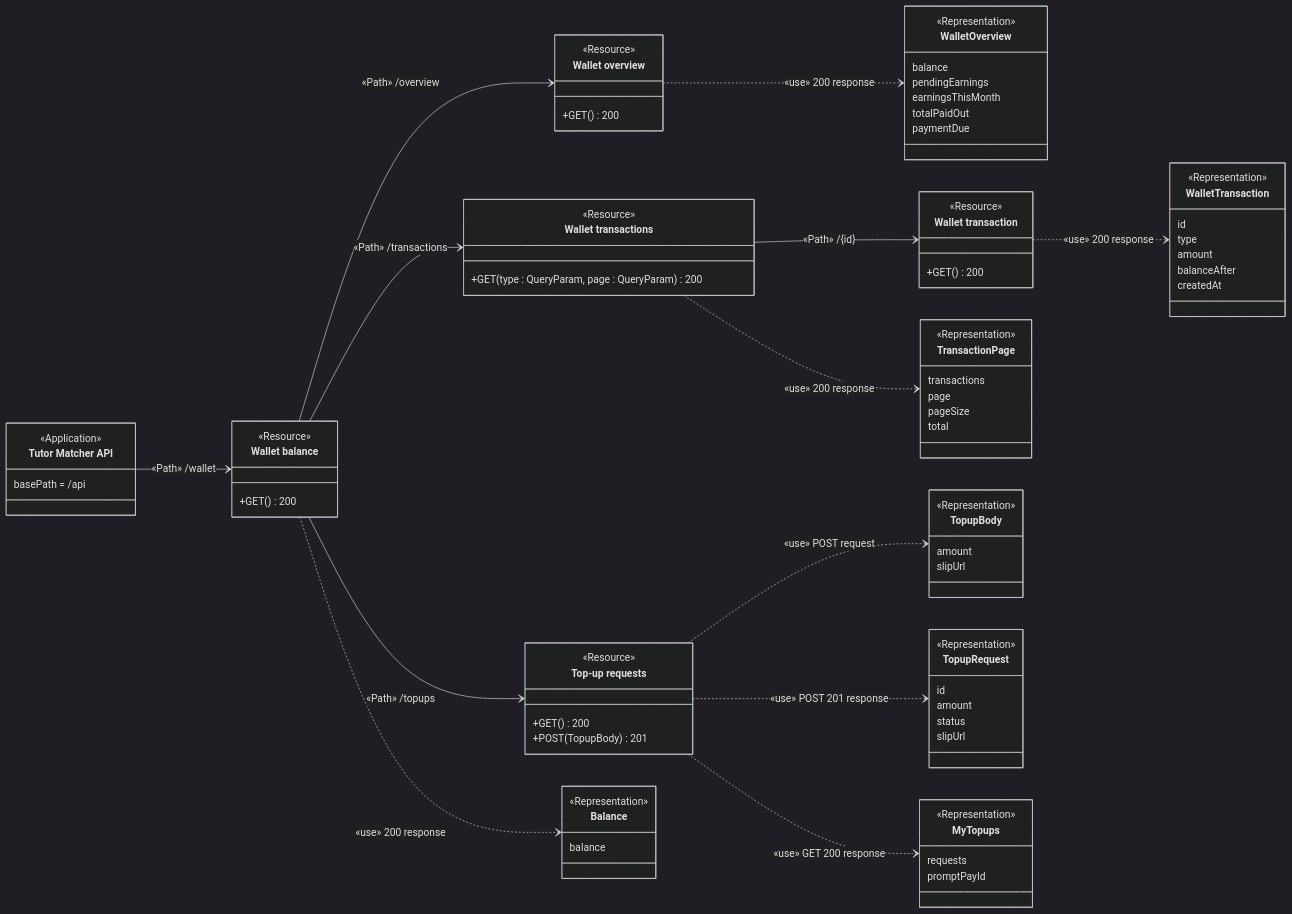
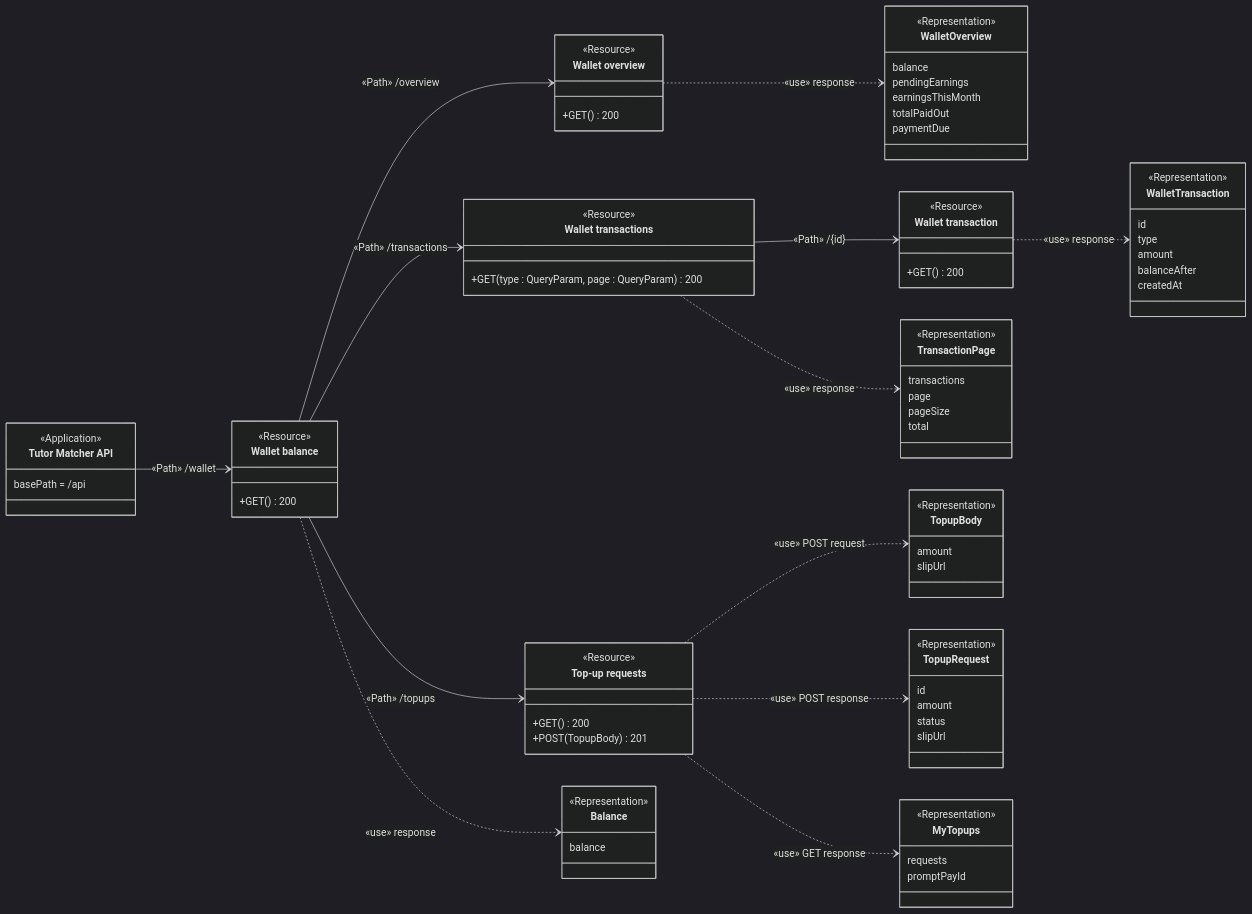
The tenth of 15 diagrams in docs/api-diagram.md (Azther0z/tutor-matcher), drawn with Mermaid (dark theme) before and after one commit. The commit also changed other lines of this file, not shown here.

````diff
--- a/docs/api-diagram.md
+++ b/docs/api-diagram.md
@@ -846,11 +846,11 @@
   Wallet --> Transactions : «Path» /transactions
   Transactions --> Transaction : «Path» /{id}
   Wallet --> Topups : «Path» /topups
-  Wallet ..> Balance : «use» 200 response
-  Overview ..> WalletOverview : «use» 200 response
-  Transactions ..> TransactionPage : «use» 200 response
-  Transaction ..> WalletTransaction : «use» 200 response
+  Wallet ..> Balance : «use» response
+  Overview ..> WalletOverview : «use» response
+  Transactions ..> TransactionPage : «use» response
+  Transaction ..> WalletTransaction : «use» response
   Topups ..> TopupBody : «use» POST request
-  Topups ..> TopupRequest : «use» POST 201 response
-  Topups ..> MyTopups : «use» GET 200 response
+  Topups ..> TopupRequest : «use» POST response
+  Topups ..> MyTopups : «use» GET response
 ```
````
